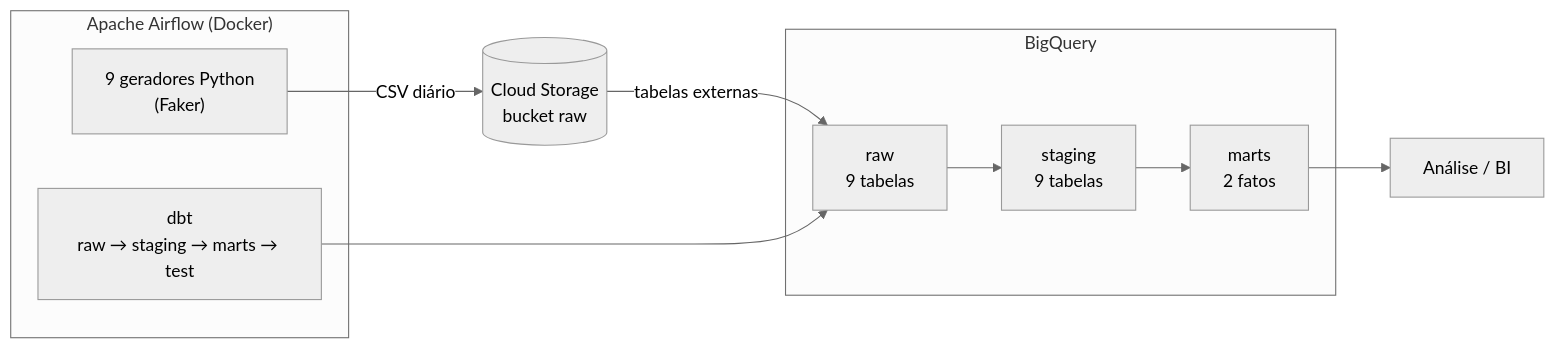
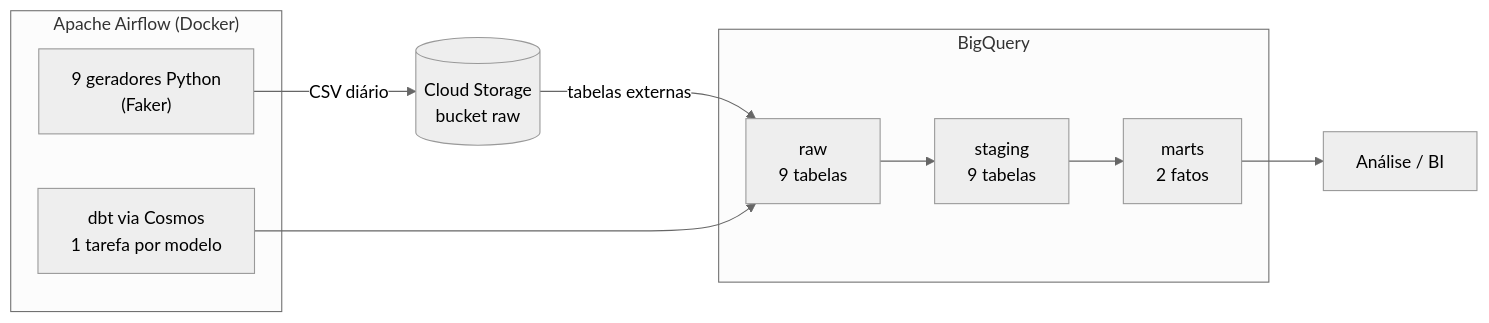
Before and after one commit to Fischerlopes/pipeline_completo: the first of 2 diagrams in README.md, drawn with Mermaid (neutral theme). The commit also changed other lines of this file and 3 other files, not shown here.

Commit message:
Migra dbt para Cosmos (uma tarefa por modelo) e organiza DAG em TaskGroups

````diff
--- a/README.md
+++ b/README.md
@@ -13,17 +13,17 @@
 ```mermaid
 flowchart LR
     subgraph Airflow["Apache Airflow (Docker)"]
         G["9 geradores Python<br/>(Faker)"]
-        D["dbt<br/>raw → staging → marts → test"]
+        D["dbt via Cosmos<br/>1 tarefa por modelo"]
     end
 
     G -- "CSV diário" --> GCS[("Cloud Storage<br/>bucket raw")]
     GCS -- "tabelas externas" --> RAW
     D --> RAW
 
     subgraph BQ["BigQuery"]
         RAW["raw<br/>9 tabelas"] --> STG["staging<br/>9 tabelas"] --> MARTS["marts<br/>2 fatos"]
     end
 
     MARTS --> BI["Análise / BI"]
 ```
````
